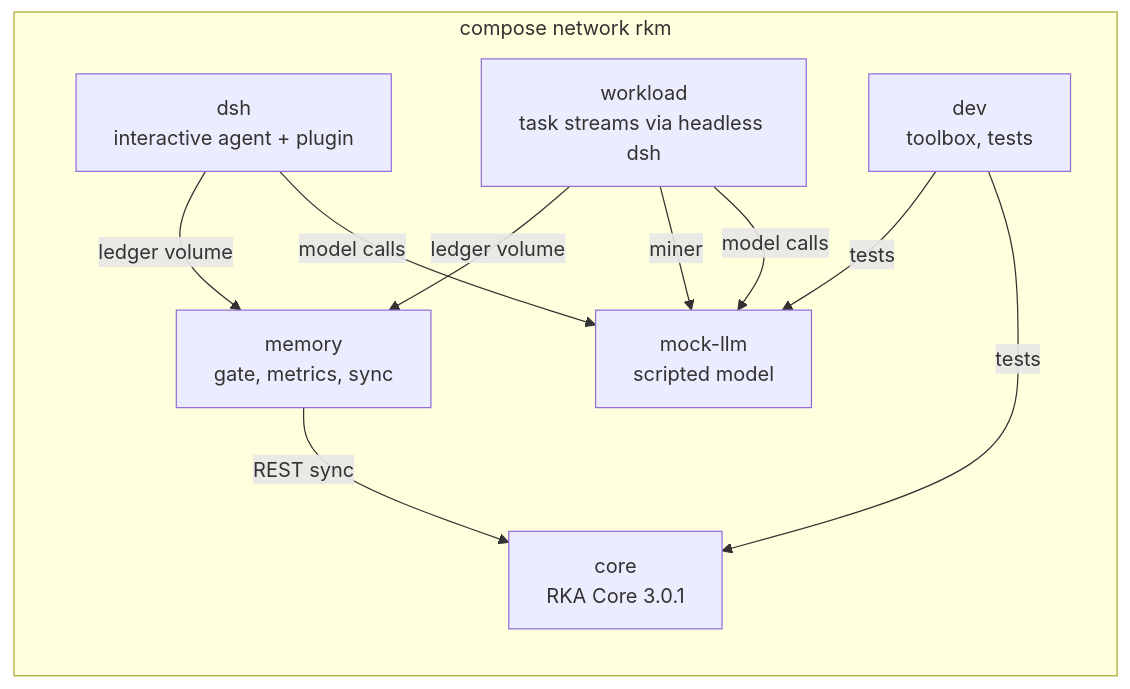
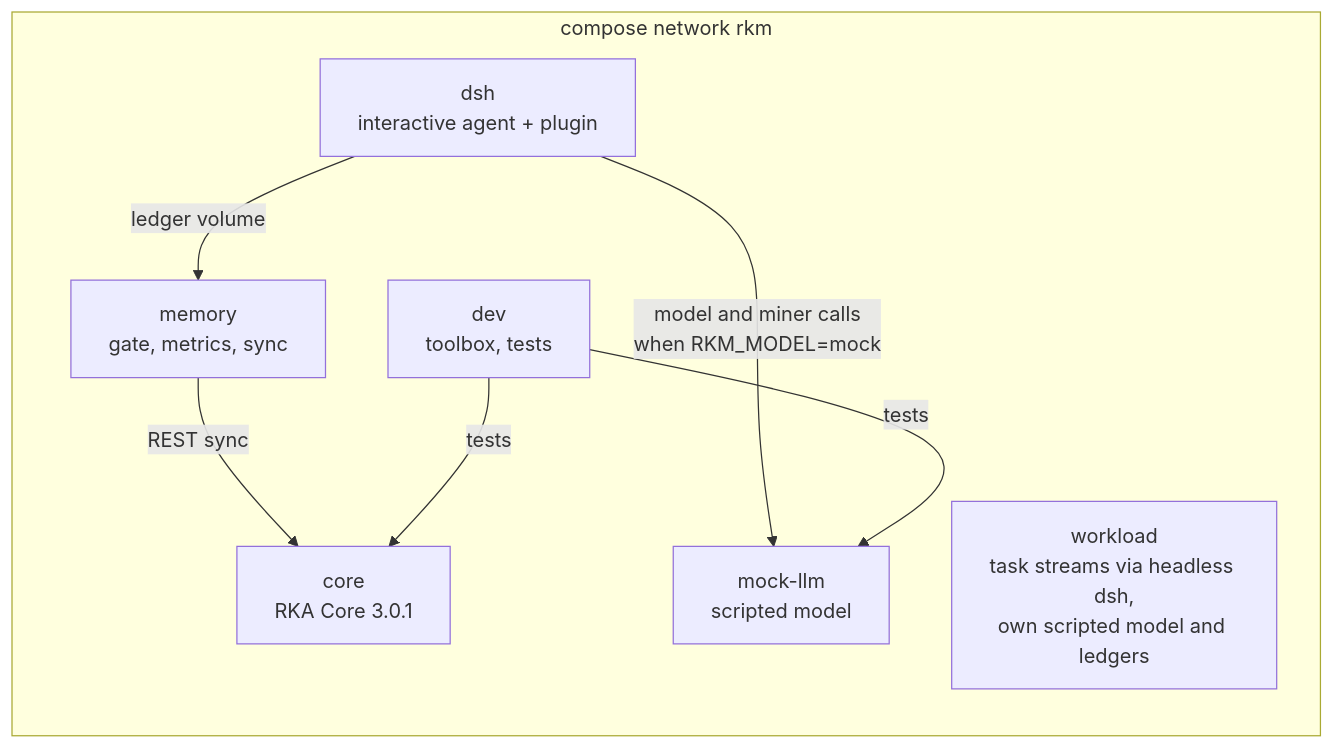
Before and after one commit to infinitywings/memo-layer: the diagram in docs/DEV_ENV_PLAN.md, drawn with Mermaid. The commit also changed other lines of this file and 13 other files, not shown here.

````diff
--- a/docs/DEV_ENV_PLAN.md
+++ b/docs/DEV_ENV_PLAN.md
@@ -23,19 +23,16 @@
 ```mermaid
 flowchart LR
   subgraph net[compose network rkm]
     core[core<br/>RKA Core 3.0.1]
     llm[mock-llm<br/>scripted model]
     dsh[dsh<br/>interactive agent + plugin]
-    wl[workload<br/>task streams via headless dsh]
+    wl[workload<br/>task streams via headless dsh,<br/>own scripted model and ledgers]
     mem[memory<br/>gate, metrics, sync]
     dev[dev<br/>toolbox, tests]
   end
-  dsh -- model calls --> llm
-  wl -- model calls --> llm
-  wl -- miner --> llm
+  dsh -- model and miner calls<br/>when RKM_MODEL=mock --> llm
   dsh -- ledger volume --> mem
-  wl -- ledger volume --> mem
   mem -- REST sync --> core
   dev -- tests --> core
   dev -- tests --> llm
 ```
````
